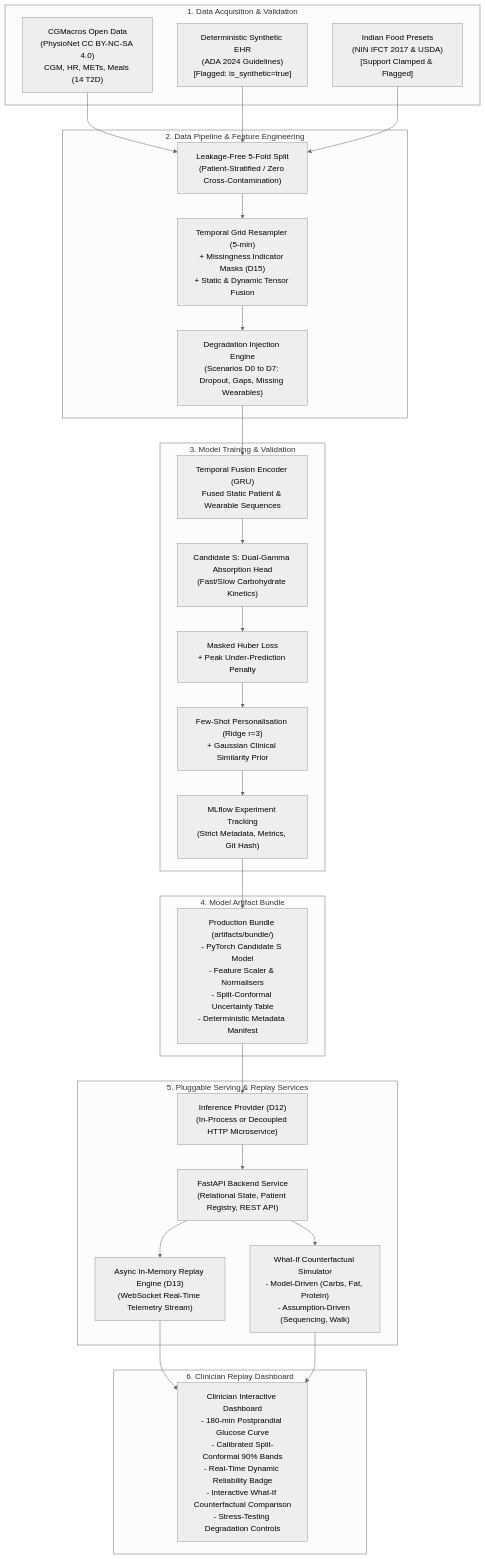
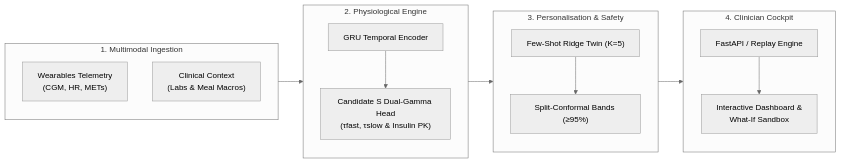
Before and after one commit to Saumojit30/Aegis: the second of 2 diagrams in README.md, drawn with Mermaid (neutral theme).

Commit message:
docs(readme): replace oversized architecture diagram with compact single-screen horizontal flowchart

````diff
--- a/README.md
+++ b/README.md
@@ -78,55 +78,29 @@
 ```mermaid
-flowchart TD
-    subgraph DataSources["1. Data Acquisition & Validation"]
-        CGM["CGMacros Open Data<br/>(PhysioNet CC BY-NC-SA 4.0)<br/>CGM, HR, METs, Meals (14 T2D)"]
-        SYN["Deterministic Synthetic EHR<br/>(ADA 2024 Guidelines)<br/>[Flagged: is_synthetic=true]"]
-        NIN["Indian Food Presets<br/>(NIN IFCT 2017 & USDA)<br/>[Support Clamped & Flagged]"]
+flowchart LR
+    subgraph Ingestion["1. Multimodal Ingestion"]
+        CGM["Wearables Telemetry<br/>(CGM, HR, METs)"]
+        EHR["Clinical Context<br/>(Labs &amp; Meal Macros)"]
     end
 
-    subgraph Pipeline["2. Data Pipeline & Feature Engineering"]
-        DVC["Leakage-Free 5-Fold Split<br/>(Patient-Stratified / Zero Cross-Contamination)"]
-        FEAT["Temporal Grid Resampler (5-min)<br/>+ Missingness Indicator Masks (D15)<br/>+ Static & Dynamic Tensor Fusion"]
-        DEG["Degradation Injection Engine<br/>(Scenarios D0 to D7: Dropout, Gaps, Missing Wearables)"]
+    subgraph CoreEngine["2. Physiological Engine"]
+        GRU["GRU Temporal Encoder"]
+        HEAD["Candidate S Dual-Gamma Head<br/>(&tau;fast, &tau;slow &amp; Insulin PK)"]
+        GRU --> HEAD
     end
 
-    subgraph Training["3. Model Training & Validation"]
-        GRU["Temporal Fusion Encoder (GRU)<br/>Fused Static Patient & Wearable Sequences"]
-        HEAD["Candidate S: Dual-Gamma Absorption Head<br/>(Fast/Slow Carbohydrate Kinetics)"]
-        HUBER["Masked Huber Loss<br/>+ Peak Under-Prediction Penalty"]
-        ADAPT["Few-Shot Personalisation (Ridge r=3)<br/>+ Gaussian Clinical Similarity Prior"]
-        MLFLOW["MLflow Experiment Tracking<br/>(Strict Metadata, Metrics, Git Hash)"]
+    subgraph SafetyAdapt["3. Personalisation &amp; Safety"]
+        RIDGE["Few-Shot Ridge Twin (K=5)"]
+        CONF["Split-Conformal Bands (&ge;95%)"]
+        RIDGE --> CONF
     end
 
-    subgraph Artifacts["4. Model Artifact Bundle"]
-        BUNDLE["Production Bundle (artifacts/bundle/)<br/>- PyTorch Candidate S Model<br/>- Feature Scaler & Normalisers<br/>- Split-Conformal Uncertainty Table<br/>- Deterministic Metadata Manifest"]
+    subgraph Cockpit["4. Clinician Cockpit"]
+        API["FastAPI / Replay Engine"]
+        UI["Interactive Dashboard &amp;<br/>What-If Sandbox"]
+        API --> UI
     end
 
-    subgraph Serving["5. Pluggable Serving & Replay Services"]
-        INF["Inference Provider (D12)<br/>(In-Process or Decoupled HTTP Microservice)"]
-        BACKEND["FastAPI Backend Service<br/>(Relational State, Patient Registry, REST API)"]
-        REPLAY["Async In-Memory Replay Engine (D13)<br/>(WebSocket Real-Time Telemetry Stream)"]
-        SIM["What-If Counterfactual Simulator<br/>- Model-Driven (Carbs, Fat, Protein)<br/>- Assumption-Driven (Sequencing, Walk)"]
-    end
-
-    subgraph Client["6. Clinician Replay Dashboard"]
-        UI["Clinician Interactive Dashboard<br/>- 180-min Postprandial Glucose Curve<br/>- Calibrated Split-Conformal 90% Bands<br/>- Real-Time Dynamic Reliability Badge<br/>- Interactive What-If Counterfactual Comparison<br/>- Stress-Testing Degradation Controls"]
-    end
-
-    CGM --> DVC
-    SYN --> DVC
-    NIN --> DVC
-    DVC --> FEAT
-    FEAT --> DEG
-    DEG --> GRU
-    GRU --> HEAD
-    HEAD --> HUBER
-    HUBER --> ADAPT
-    ADAPT --> MLFLOW
-    MLFLOW --> BUNDLE
-    BUNDLE --> INF
-    INF --> BACKEND
-    BACKEND --> REPLAY
-    BACKEND --> SIM
-    REPLAY --> UI
-    SIM --> UI
+    Ingestion --> CoreEngine
+    CoreEngine --> SafetyAdapt
+    SafetyAdapt --> Cockpit
 ```
````
